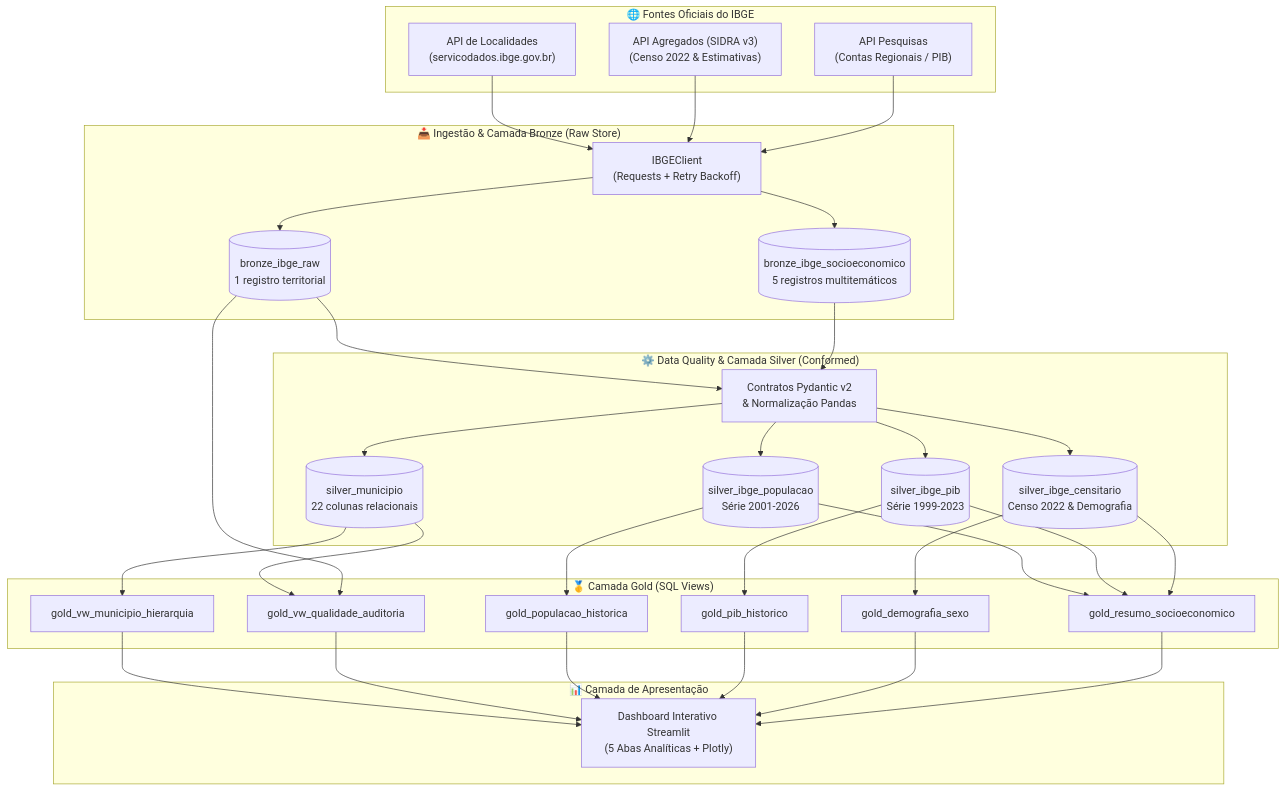
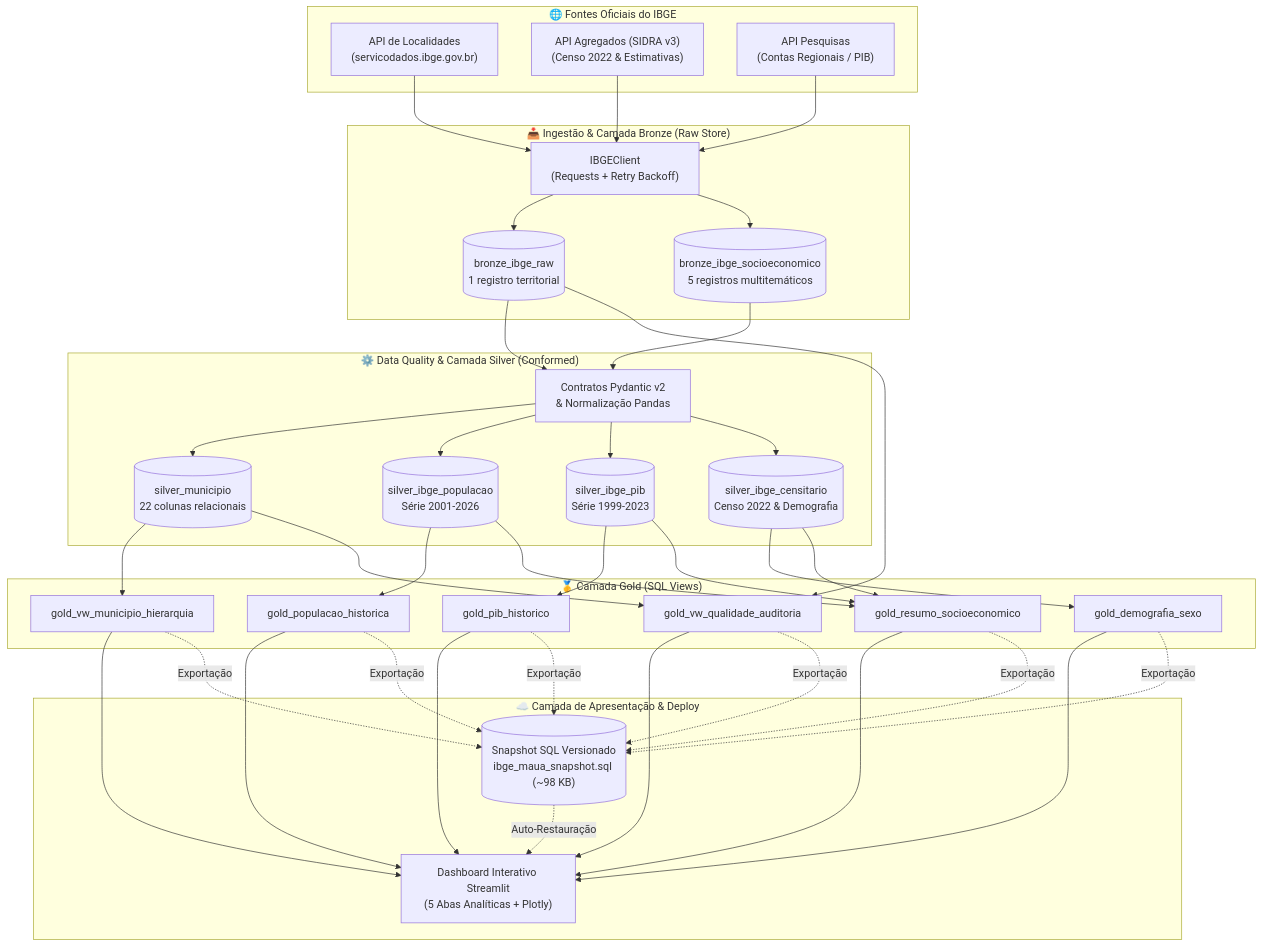
One commit to Jonesbastos/IBGE_MAUA changed the diagram in docs/index.md. Above: the diagram before and after it, drawn with Mermaid. The commit also changed other lines of this file and 6 other files, not shown here.

Commit message:
docs: profissionaliza portfolio IBGE Maua

````diff
--- a/docs/index.md
+++ b/docs/index.md
@@ -27,59 +32,62 @@
 ```mermaid
 flowchart TD
     subgraph Sources ["🌐 Fontes Oficiais do IBGE"]
         API_LOC["API de Localidades<br>(servicodados.ibge.gov.br)"]
         API_AGG["API Agregados (SIDRA v3)<br>(Censo 2022 & Estimativas)"]
         API_PESQ["API Pesquisas<br>(Contas Regionais / PIB)"]
     end
 
     subgraph Ingestion ["📥 Ingestão & Camada Bronze (Raw Store)"]
         EXT["IBGEClient<br>(Requests + Retry Backoff)"]
         B_RAW[("bronze_ibge_raw<br>1 registro territorial")]
         B_SOC[("bronze_ibge_socioeconomico<br>5 registros multitemáticos")]
     end
 
     subgraph Curation ["⚙️ Data Quality & Camada Silver (Conformed)"]
         VAL["Contratos Pydantic v2<br>& Normalização Pandas"]
         S_MUN[("silver_municipio<br>22 colunas relacionais")]
         S_POP[("silver_ibge_populacao<br>Série 2001-2026")]
         S_PIB[("silver_ibge_pib<br>Série 1999-2023")]
         S_CENS[("silver_ibge_censitario<br>Censo 2022 & Demografia")]
     end
 
     subgraph Analytics ["🥇 Camada Gold (SQL Views)"]
         G_HIER["gold_vw_municipio_hierarquia"]
         G_AUD["gold_vw_qualidade_auditoria"]
         G_POP["gold_populacao_historica"]
         G_PIB["gold_pib_historico"]
         G_DEMO["gold_demografia_sexo"]
         G_RES["gold_resumo_socioeconomico"]
     end
 
-    subgraph Presentation ["📊 Camada de Apresentação"]
+    subgraph Deployment ["☁️ Camada de Apresentação & Deploy"]
         DASH["Dashboard Interativo Streamlit<br>(5 Abas Analíticas + Plotly)"]
+        SNAP[("Snapshot SQL Versionado<br>ibge_maua_snapshot.sql (~98 KB)")]
     end
 
     API_LOC --> EXT
     API_AGG --> EXT
     API_PESQ --> EXT
 
     EXT --> B_RAW
     EXT --> B_SOC
 
     B_RAW --> VAL
     B_SOC --> VAL
 
     VAL --> S_MUN
     VAL --> S_POP
     VAL --> S_PIB
     VAL --> S_CENS
 
     S_MUN --> G_HIER
     S_MUN & B_RAW --> G_AUD
     S_POP --> G_POP
     S_PIB --> G_PIB
     S_CENS --> G_DEMO
     S_POP & S_PIB & S_CENS --> G_RES
 
     G_HIER & G_AUD & G_POP & G_PIB & G_DEMO & G_RES --> DASH
+    G_HIER & G_AUD & G_POP & G_PIB & G_DEMO & G_RES -. Exportação .-> SNAP
+    SNAP -. Auto-Restauração .-> DASH
 ```
````
